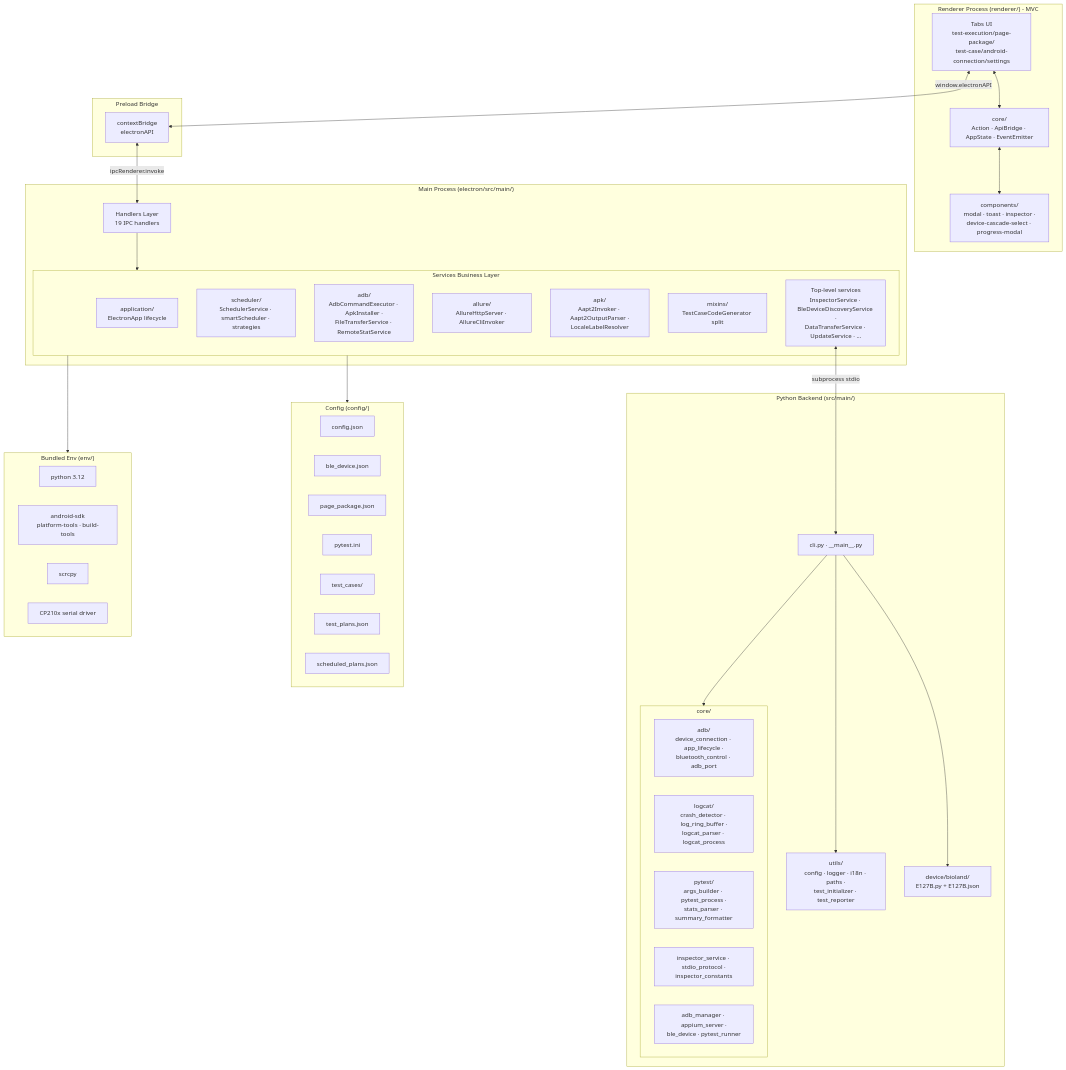
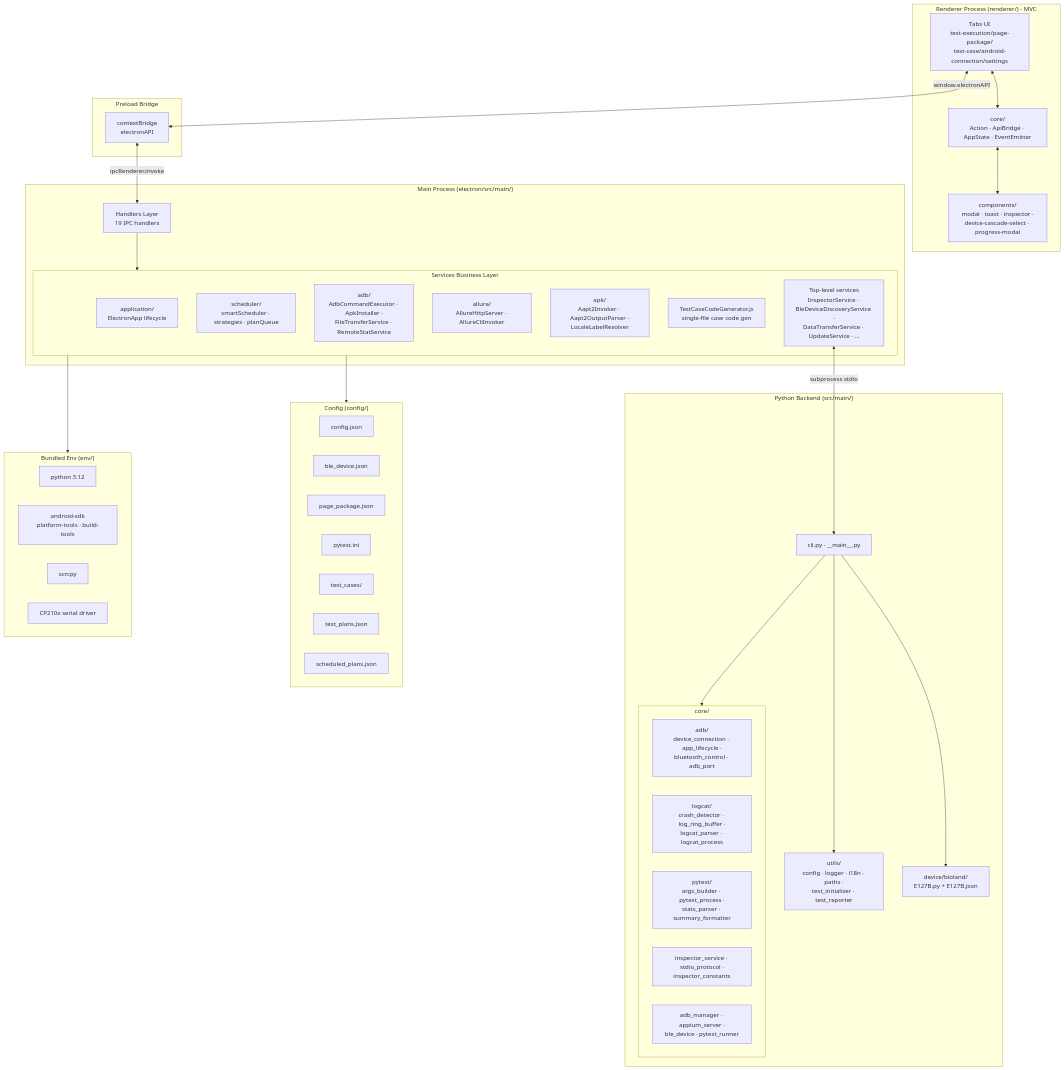
One commit to RingOnTheWay/XKAutoTester changed the first of 2 diagrams in docs/README_EN.md. Above: the diagram before and after it, drawn with Mermaid. The commit also changed other lines of this file and 1 other file, not shown here.

Commit message:
docs: 同步项目结构/架构图到现状 - 移除 services/mixins 与 SchedulerService 幽灵引用, 补充 test-case modules/ 深模块

````diff
--- a/docs/README_EN.md
+++ b/docs/README_EN.md
@@ -78,67 +78,67 @@
 ```mermaid
 flowchart TB
     subgraph Renderer["Renderer Process (renderer/) - MVC"]
         UI[Tabs UI<br/>test-execution/page-package/<br/>test-case/android-connection/settings]
         Core[core/<br/>Action · ApiBridge · AppState · EventEmitter]
         Comp[components/<br/>modal · toast · inspector ·<br/>device-cascade-select · progress-modal]
         UI <--> Core
         Core <--> Comp
     end
 
     subgraph Preload["Preload Bridge"]
         PB[contextBridge<br/>electronAPI]
     end
 
     subgraph Main["Main Process (electron/src/main/)"]
         HDL[Handlers Layer<br/>19 IPC handlers]
         subgraph Services["Services Business Layer"]
             APP[application/<br/>ElectronApp lifecycle]
-            SCH[scheduler/<br/>SchedulerService · smartScheduler · strategies]
+            SCH[scheduler/<br/>smartScheduler · strategies · planQueue]
             ADB[adb/<br/>AdbCommandExecutor · ApkInstaller ·<br/>FileTransferService · RemoteStatService]
             ALL[allure/<br/>AllureHttpServer · AllureCliInvoker]
             APK[apk/<br/>Aapt2Invoker · Aapt2OutputParser ·<br/>LocaleLabelResolver]
-            GEN[mixins/<br/>TestCaseCodeGenerator split]
+            GEN[TestCaseCodeGenerator.js<br/>single-file case code gen]
             TOP[Top-level services<br/>InspectorService · BleDeviceDiscoveryService ·<br/>DataTransferService · UpdateService · ...]
         end
         HDL --> Services
     end
 
     subgraph PyBackend["Python Backend (src/main/)"]
         CLI[cli.py · __main__.py]
         subgraph CorePy["core/"]
             ADBP[adb/<br/>device_connection · app_lifecycle ·<br/>bluetooth_control · adb_port]
             LCP[logcat/<br/>crash_detector · log_ring_buffer ·<br/>logcat_parser · logcat_process]
             PYP[pytest/<br/>args_builder · pytest_process ·<br/>stats_parser · summary_formatter]
             INSP[inspector_service · stdio_protocol ·<br/>inspector_constants]
             OTH[adb_manager · appium_server ·<br/>ble_device · pytest_runner]
         end
         UTL[utils/<br/>config · logger · i18n · paths ·<br/>test_initializer · test_reporter]
         DEV[device/bioland/<br/>E127B.py + E127B.json]
         CLI --> CorePy
         CLI --> UTL
         CLI --> DEV
     end
 
     subgraph Config["Config (config/)"]
         CJ[config.json]
         BD[ble_device.json]
         PP[page_package.json]
         PI[pytest.ini]
         TC[test_cases/]
         TP[test_plans.json]
         SP[scheduled_plans.json]
     end
 
     subgraph Env["Bundled Env (env/)"]
         PY[python 3.12]
         SDK[android-sdk<br/>platform-tools · build-tools]
         SC[scrcpy]
         DRV[CP210x serial driver]
     end
 
     UI <-->|window.electronAPI| PB
     PB <-->|ipcRenderer.invoke| HDL
     TOP <-->|subprocess stdio| CLI
     Services --> Config
     Services --> Env
 ```
````
